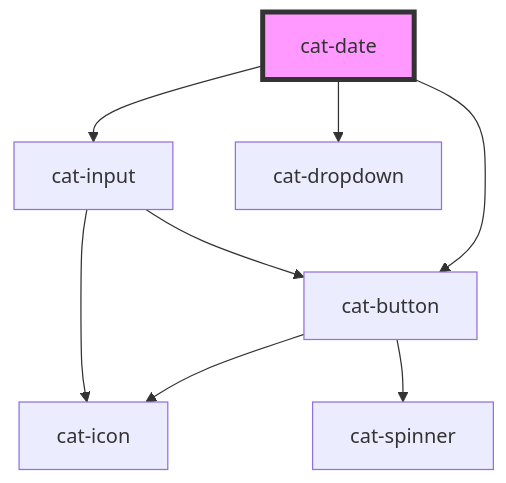
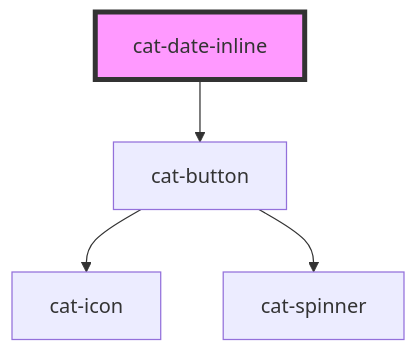
One commit to haiilo/catalyst changed the diagram in core/src/components/cat-date-inline/readme.md. Above: the diagram before and after it, drawn with Mermaid. The commit also changed other lines of this file and 16 other files, not shown here.

````diff
--- a/core/src/components/cat-date-inline/readme.md
+++ b/core/src/components/cat-date-inline/readme.md
@@ -113,11 +65,7 @@
 ```mermaid
 graph TD;
-  cat-date --> cat-input
-  cat-date --> cat-dropdown
-  cat-date --> cat-button
-  cat-input --> cat-icon
-  cat-input --> cat-button
+  cat-date-inline --> cat-button
   cat-button --> cat-icon
   cat-button --> cat-spinner
-  style cat-date fill:#f9f,stroke:#333,stroke-width:4px
+  style cat-date-inline fill:#f9f,stroke:#333,stroke-width:4px
 ```
````
